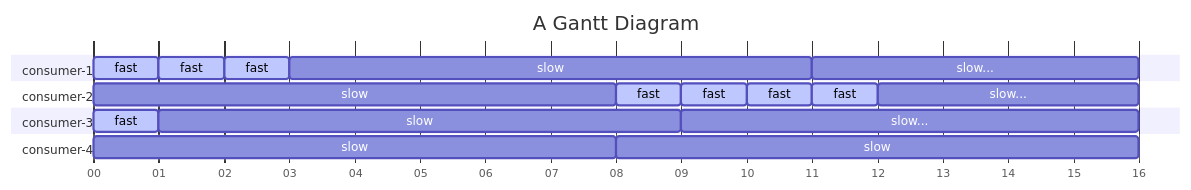
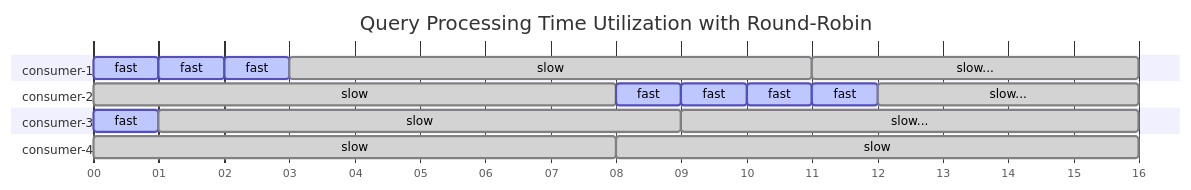
Before and after one commit to grafana/mimir: the third of 4 diagrams in pkg/scheduler/DESIGN.md, drawn with Mermaid. The commit also changed other lines of this file, not shown here.

````diff
--- a/pkg/scheduler/DESIGN.md
+++ b/pkg/scheduler/DESIGN.md
@@ -319,40 +319,39 @@
 ```mermaid
 ---
 config:
   gantt:
     displayMode: compact
     numberSectionStyles: 2
   theme: default
 ---
 gantt
-    title A Gantt Diagram
+    title Query Processing Time Utilization with Round-Robin
     dateFormat ss
     axisFormat %S
     tickInterval 1second
 
     section consumer-1
         fast        :active, c1-1, 00, 1s
         fast        :active, c1-2, 01, 1s
         fast        :active, c1-3, 02, 1s
-        slow        : c1-4, 03, 8s
-        slow...     : c1-5, 11, 5s
+        slow        :done, c1-4, 03, 8s
+        slow...     :done, c1-5, 11, 5s
 
     section consumer-2
-        slow        : c2-1, 00, 8s
+        slow        :done, c2-1, 00, 8s
         fast        :active, c2-2, 08, 1s
         fast        :active, c2-3, 09, 1s
         fast        :active, c2-4, 10, 1s
         fast        :active, c2-5, 11, 1s
-        slow...     : c2-6, 12, 4s
+        slow...     :done, c2-6, 12, 4s
 
     section consumer-3
         fast        :active, c3-1, 00, 1s
-        slow        : c3-2, 01, 8s
-    %% fast        :active, c3-3, 09, 1s
-        slow...     : c3-3, 09, 7s
+        slow        :done, c3-2, 01, 8s
+        slow...     :done, c3-3, 09, 7s
 
     section consumer-4
-        slow        : c4-1, 00, 8s
-        slow        : c4-2, 08, 8s
+        slow        :done, c4-1, 00, 8s
+        slow        :done, c4-2, 08, 8s
 
 ```
````
